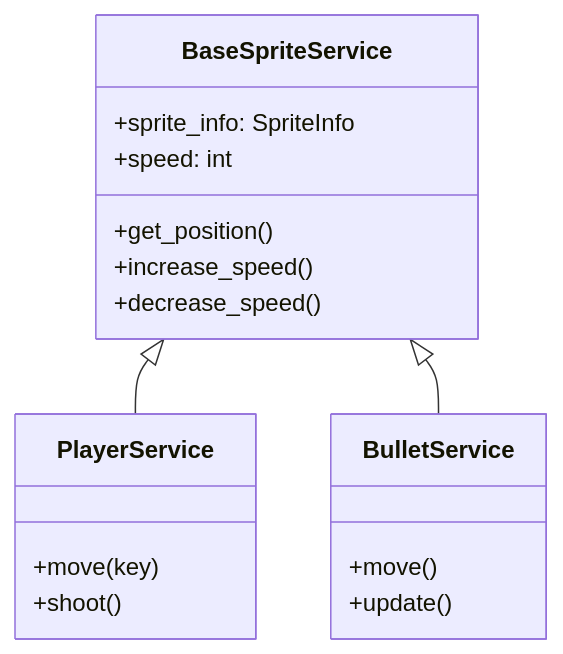
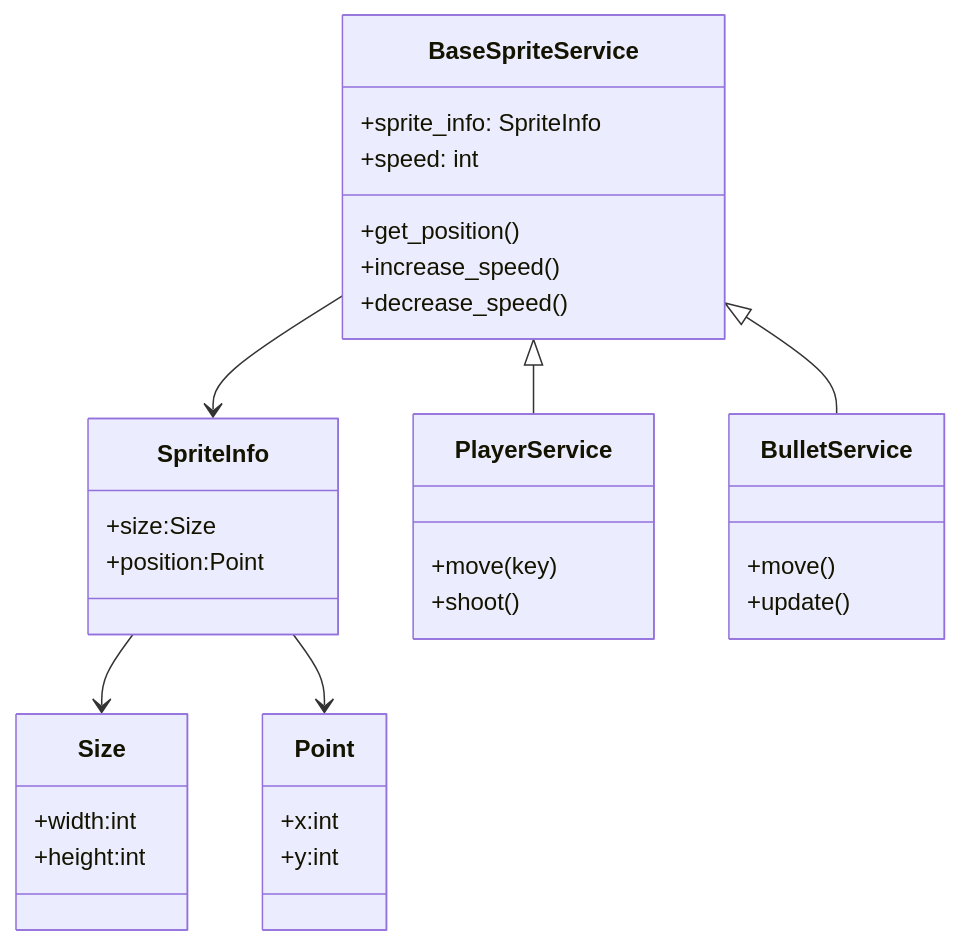
The second of 3 diagrams in dokumentaatio/arkkitehtuuri.md (Tapir79/ot-harjoitustyo), drawn with Mermaid before and after one commit. The commit also changed other lines of this file, not shown here.

Commit message:
Update class diagram in architecture

````diff
--- a/dokumentaatio/arkkitehtuuri.md
+++ b/dokumentaatio/arkkitehtuuri.md
@@ -29,25 +29,43 @@
 ```mermaid
 classDiagram
     class BaseSpriteService {
         +sprite_info: SpriteInfo
         +speed: int
         +get_position()
         +increase_speed()
         +decrease_speed()
+    }
+
+    class SpriteInfo{
+        +size:Size
+        +position:Point
+
+    }
+
+    class Size{
+        +width:int
+        +height:int
+    }
+
+    class  Point{
+        +x:int
+        +y:int
     }
 
     class PlayerService {
         +move(key)
         +shoot()
     }
 
     class BulletService {
         +move()
         +update()
     }
 
     BaseSpriteService <|-- PlayerService
     BaseSpriteService <|-- BulletService
 
-
+    SpriteInfo --> Size
+    SpriteInfo --> Point
+    BaseSpriteService --> SpriteInfo
 ```
````
